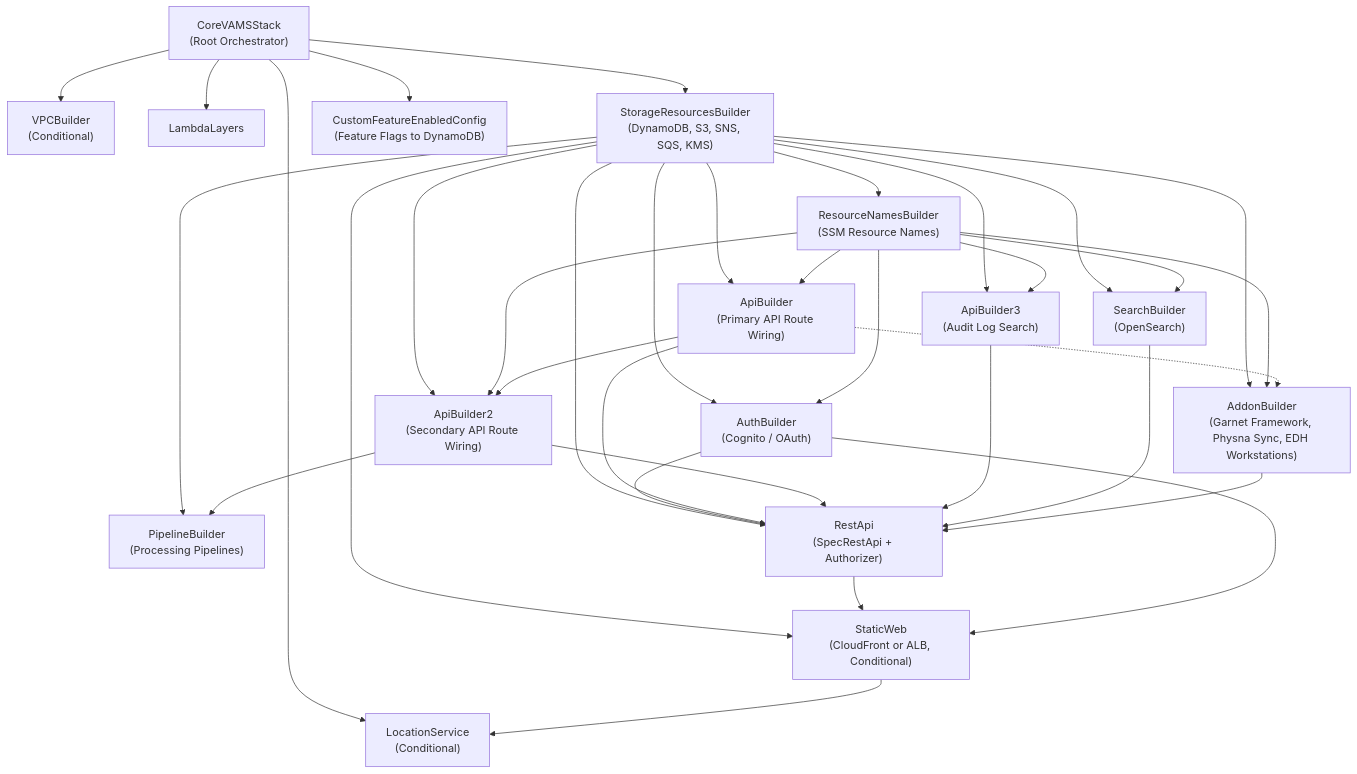
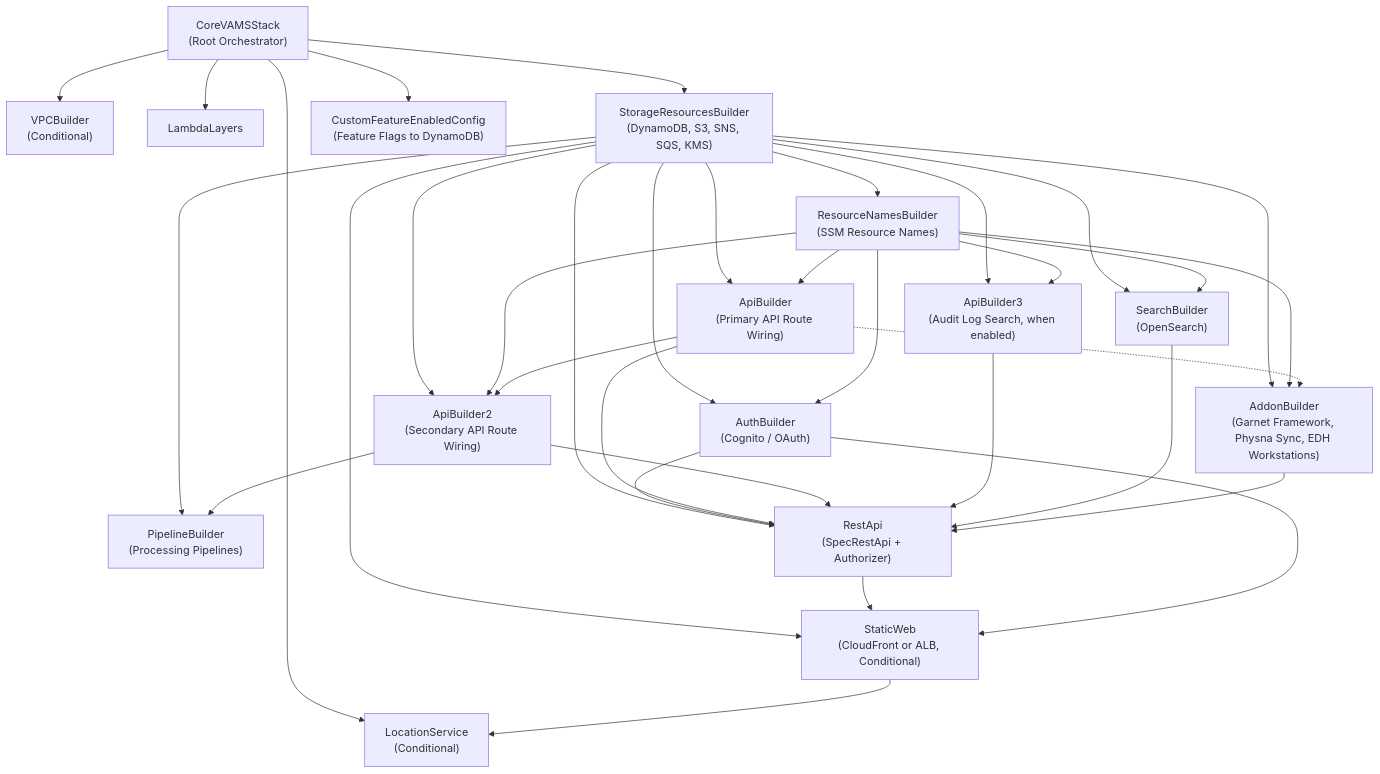
Before and after one commit to awslabs/visual-asset-management-system: the third of 3 diagrams in documentation/docusaurus-site/docs/architecture/overview.md, drawn with Mermaid. The commit also changed 57 other files, not shown here.

First line of the commit message:
Add app.auditLogging.search.enabled switch for audit log search (#1535)

````diff
--- a/documentation/docusaurus-site/docs/architecture/overview.md
+++ b/documentation/docusaurus-site/docs/architecture/overview.md
@@ -132,53 +132,53 @@
 ```mermaid
 graph TD
     Core["CoreVAMSStack<br/>(Root Orchestrator)"]
     VPC["VPCBuilder<br/>(Conditional)"]
     Layers["LambdaLayers"]
     Storage["StorageResourcesBuilder<br/>(DynamoDB, S3, SNS, SQS, KMS)"]
     Names["ResourceNamesBuilder<br/>(SSM Resource Names)"]
     Auth["AuthBuilder<br/>(Cognito / OAuth)"]
     APIBuilder["ApiBuilder<br/>(Primary API Route Wiring)"]
     APIBuilder2["ApiBuilder2<br/>(Secondary API Route Wiring)"]
-    APIBuilder3["ApiBuilder3<br/>(Audit Log Search)"]
+    APIBuilder3["ApiBuilder3<br/>(Audit Log Search, when enabled)"]
     Search["SearchBuilder<br/>(OpenSearch)"]
     Pipelines["PipelineBuilder<br/>(Processing Pipelines)"]
     Addons["AddonBuilder<br/>(Garnet Framework, Physna Sync, EDH Workstations)"]
     API["RestApi<br/>(SpecRestApi + Authorizer)"]
     StaticWeb["StaticWeb<br/>(CloudFront or ALB, Conditional)"]
     Location["LocationService<br/>(Conditional)"]
     Features["CustomFeatureEnabledConfig<br/>(Feature Flags to DynamoDB)"]
 
     Core --> VPC
     Core --> Layers
     Core --> Storage
     Core --> Location
     Core --> Features
     Storage --> Names
     Storage --> Auth
     Names --> Auth
     Storage --> APIBuilder
     Names --> APIBuilder
     Storage --> APIBuilder2
     Names --> APIBuilder2
     Storage --> APIBuilder3
     Names --> APIBuilder3
     APIBuilder --> APIBuilder2
     Storage --> Search
     Names --> Search
     Storage --> Pipelines
     APIBuilder2 --> Pipelines
     Storage --> Addons
     Names --> Addons
     APIBuilder -.-> Addons
     Storage --> API
     Auth --> API
     APIBuilder --> API
     APIBuilder2 --> API
     APIBuilder3 --> API
     Search --> API
     Addons --> API
     Storage --> StaticWeb
     API --> StaticWeb
     Auth --> StaticWeb
     StaticWeb --> Location
 ```
````
